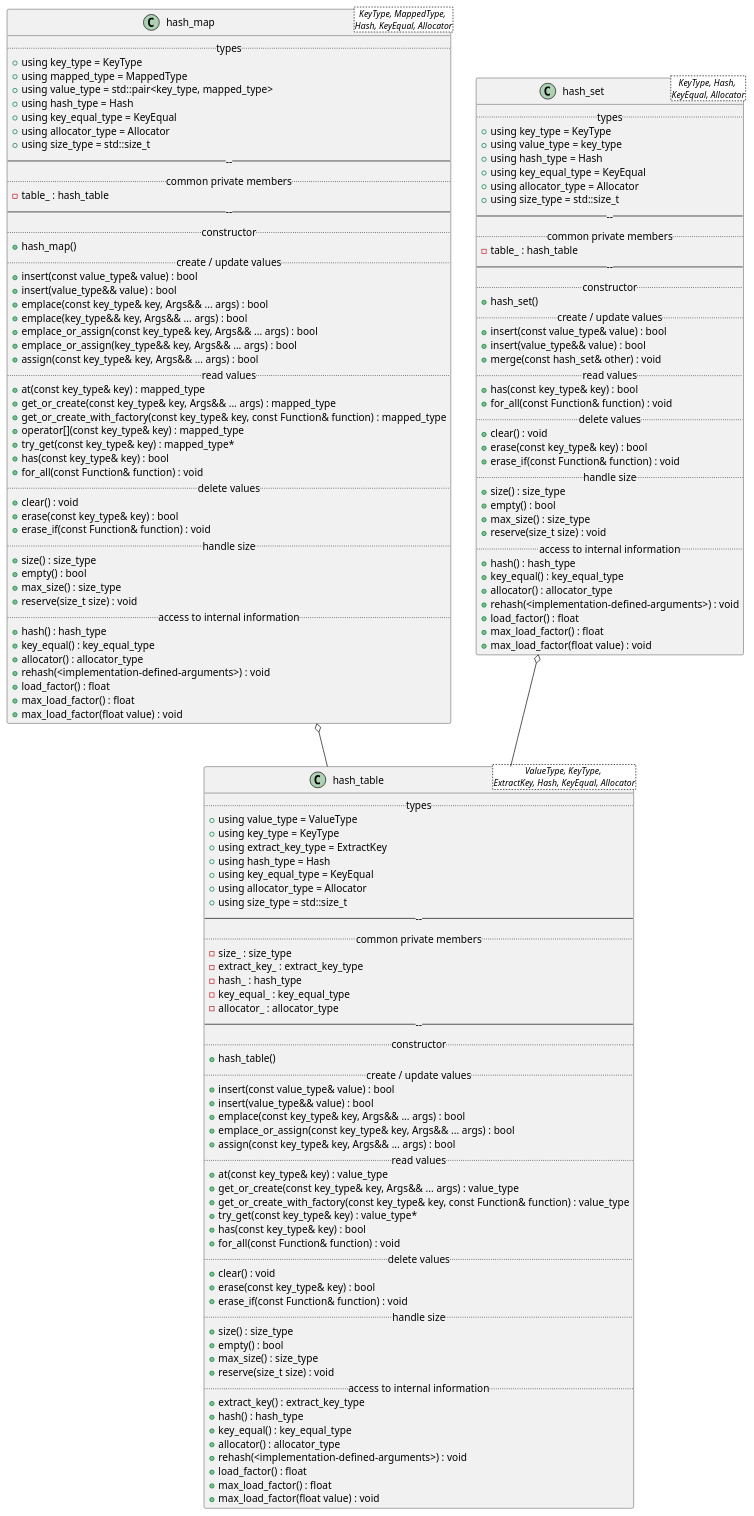
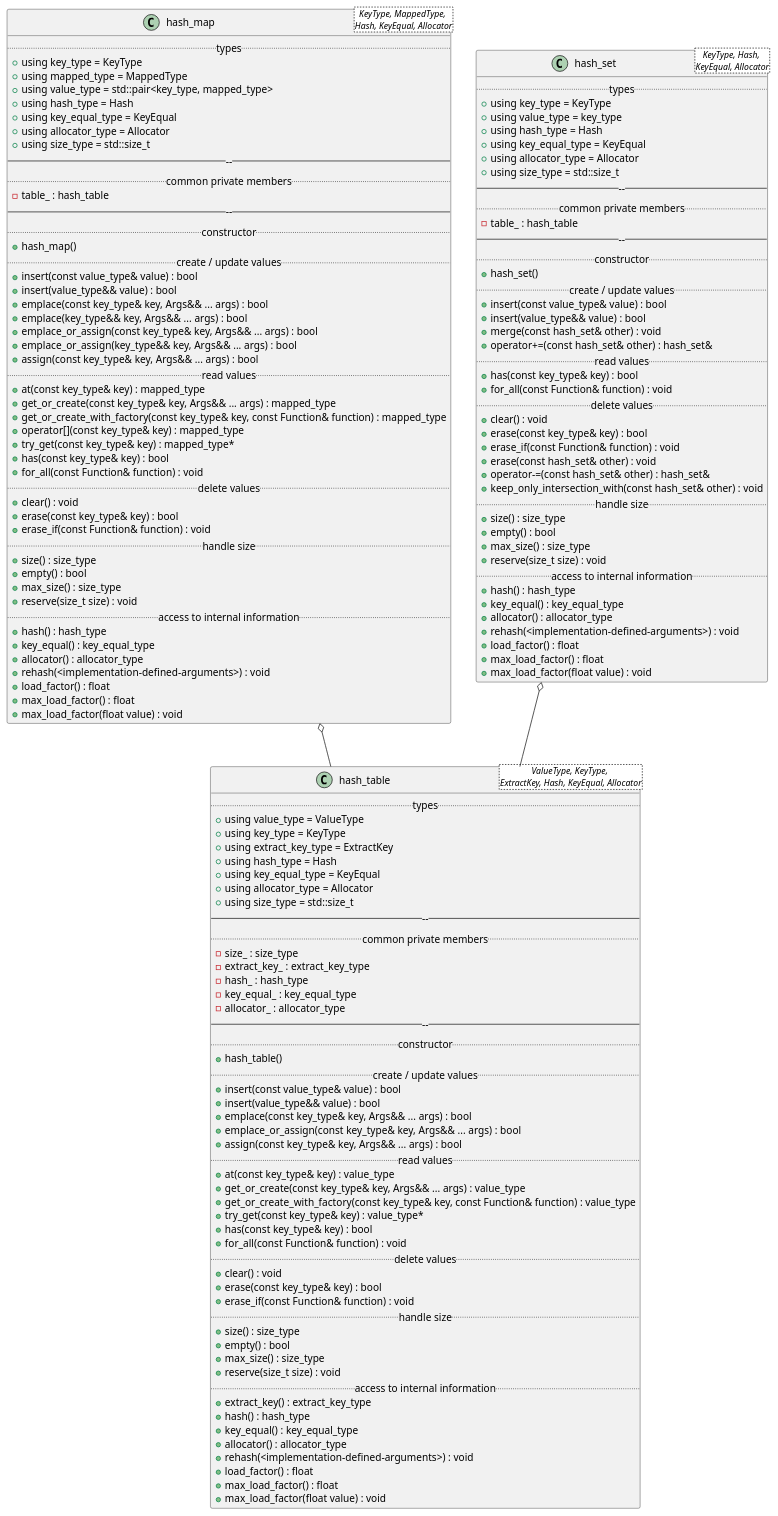
Before and after one commit to MusicScience37/cpp-hash-tables: the diagram in doc/sphinx/src/design/class_diagrams/full_hash_table.puml, drawn with PlantUML. The commit also changed 2 other files, not shown here.

Commit message:
:sparkles: Add some set calculas.

```diff
--- a/doc/sphinx/src/design/class_diagrams/full_hash_table.puml
+++ b/doc/sphinx/src/design/class_diagrams/full_hash_table.puml
@@ -1,147 +1,151 @@
 @startuml FullHashTable
 
 class hash_table<ValueType, KeyType, \nExtractKey, Hash, KeyEqual, Allocator> {
     .. types ..
     + using value_type = ValueType
     + using key_type = KeyType
     + using extract_key_type = ExtractKey
     + using hash_type = Hash
     + using key_equal_type = KeyEqual
     + using allocator_type = Allocator
     + using size_type = std::size_t
     ------
     .. common private members ..
     - size_ : size_type
     - extract_key_ : extract_key_type
     - hash_ : hash_type
     - key_equal_ : key_equal_type
     - allocator_ : allocator_type
     ------
     .. constructor ..
     + hash_table()
     .. create / update values ..
     + insert(const value_type& value) : bool
     + insert(value_type&& value) : bool
     + emplace(const key_type& key, Args&& ... args) : bool
     + emplace_or_assign(const key_type& key, Args&& ... args) : bool
     + assign(const key_type& key, Args&& ... args) : bool
     .. read values ..
     + at(const key_type& key) : value_type
     + get_or_create(const key_type& key, Args&& ... args) : value_type
     + get_or_create_with_factory(const key_type& key, const Function& function) : value_type
     + try_get(const key_type& key) : value_type*
     + has(const key_type& key) : bool
     + for_all(const Function& function) : void
     .. delete values ..
     + clear() : void
     + erase(const key_type& key) : bool
     + erase_if(const Function& function) : void
     .. handle size ..
     + size() : size_type
     + empty() : bool
     + max_size() : size_type
     + reserve(size_t size) : void
     .. access to internal information ..
     + extract_key() : extract_key_type
     + hash() : hash_type
     + key_equal() : key_equal_type
     + allocator() : allocator_type
     + rehash(<implementation-defined-arguments>) : void
     + load_factor() : float
     + max_load_factor() : float
     + max_load_factor(float value) : void
 }
 
 class hash_map<KeyType, MappedType, \nHash, KeyEqual, Allocator> {
     .. types ..
     + using key_type = KeyType
     + using mapped_type = MappedType
     + using value_type = std::pair<key_type, mapped_type>
     + using hash_type = Hash
     + using key_equal_type = KeyEqual
     + using allocator_type = Allocator
     + using size_type = std::size_t
     ------
     .. common private members ..
     - table_ : hash_table
     ------
     .. constructor ..
     + hash_map()
     .. create / update values ..
     + insert(const value_type& value) : bool
     + insert(value_type&& value) : bool
     + emplace(const key_type& key, Args&& ... args) : bool
     + emplace(key_type&& key, Args&& ... args) : bool
     + emplace_or_assign(const key_type& key, Args&& ... args) : bool
     + emplace_or_assign(key_type&& key, Args&& ... args) : bool
     + assign(const key_type& key, Args&& ... args) : bool
     .. read values ..
     + at(const key_type& key) : mapped_type
     + get_or_create(const key_type& key, Args&& ... args) : mapped_type
     + get_or_create_with_factory(const key_type& key, const Function& function) : mapped_type
     + operator[](const key_type& key) : mapped_type
     + try_get(const key_type& key) : mapped_type*
     + has(const key_type& key) : bool
     + for_all(const Function& function) : void
     .. delete values ..
     + clear() : void
     + erase(const key_type& key) : bool
     + erase_if(const Function& function) : void
     .. handle size ..
     + size() : size_type
     + empty() : bool
     + max_size() : size_type
     + reserve(size_t size) : void
     .. access to internal information ..
     + hash() : hash_type
     + key_equal() : key_equal_type
     + allocator() : allocator_type
     + rehash(<implementation-defined-arguments>) : void
     + load_factor() : float
     + max_load_factor() : float
     + max_load_factor(float value) : void
 }
 hash_map o-- hash_table
 
 class hash_set<KeyType, Hash, \nKeyEqual, Allocator> {
     .. types ..
     + using key_type = KeyType
     + using value_type = key_type
     + using hash_type = Hash
     + using key_equal_type = KeyEqual
     + using allocator_type = Allocator
     + using size_type = std::size_t
     ------
     .. common private members ..
     - table_ : hash_table
     ------
     .. constructor ..
     + hash_set()
     .. create / update values ..
     + insert(const value_type& value) : bool
     + insert(value_type&& value) : bool
     + merge(const hash_set& other) : void
+    + operator+=(const hash_set& other) : hash_set&
     .. read values ..
     + has(const key_type& key) : bool
     + for_all(const Function& function) : void
     .. delete values ..
     + clear() : void
     + erase(const key_type& key) : bool
     + erase_if(const Function& function) : void
+    + erase(const hash_set& other) : void
+    + operator-=(const hash_set& other) : hash_set&
+    + keep_only_intersection_with(const hash_set& other) : void
     .. handle size ..
     + size() : size_type
     + empty() : bool
     + max_size() : size_type
     + reserve(size_t size) : void
     .. access to internal information ..
     + hash() : hash_type
     + key_equal() : key_equal_type
     + allocator() : allocator_type
     + rehash(<implementation-defined-arguments>) : void
     + load_factor() : float
     + max_load_factor() : float
     + max_load_factor(float value) : void
 }
 hash_set o-- hash_table
 
 @enduml
```
